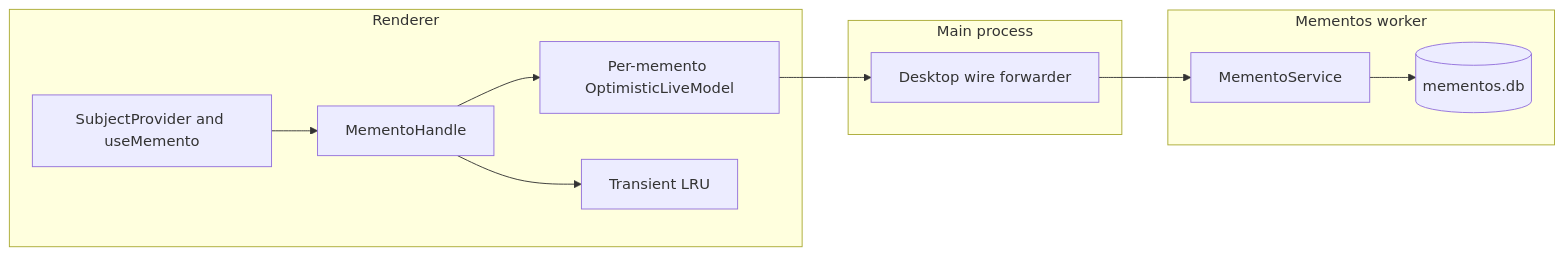
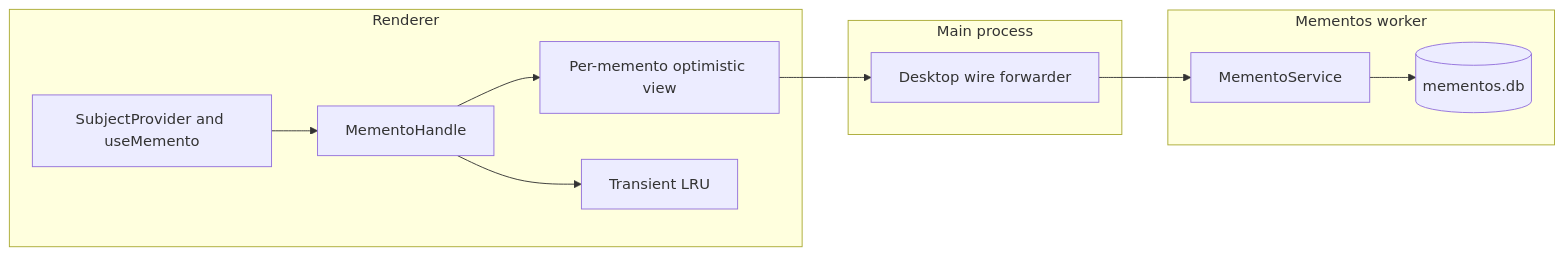
Before and after one commit to generalaction/emdash: the first of 2 diagrams in apps/emdash-desktop/src/core/primitives/mementos/README.md, drawn with Mermaid. The commit also changed other lines of this file and 124 other files, not shown here.

````diff
--- a/apps/emdash-desktop/src/core/primitives/mementos/README.md
+++ b/apps/emdash-desktop/src/core/primitives/mementos/README.md
@@ -32,25 +32,25 @@
 ```mermaid
 flowchart LR
   subgraph renderer [Renderer]
     ReactAdapter[SubjectProvider and useMemento]
     Handle[MementoHandle]
-    Optimistic[Per-memento OptimisticLiveModel]
+    Optimistic[Per-memento optimistic view]
     Transient[Transient LRU]
     ReactAdapter --> Handle
     Handle --> Optimistic
     Handle --> Transient
   end
 
   subgraph main [Main process]
     Forward[Desktop wire forwarder]
   end
 
   subgraph worker [Mementos worker]
     Service[MementoService]
     Store[(mementos.db)]
     Service --> Store
   end
 
   Optimistic --> Forward
   Forward --> Service
 ```
````
